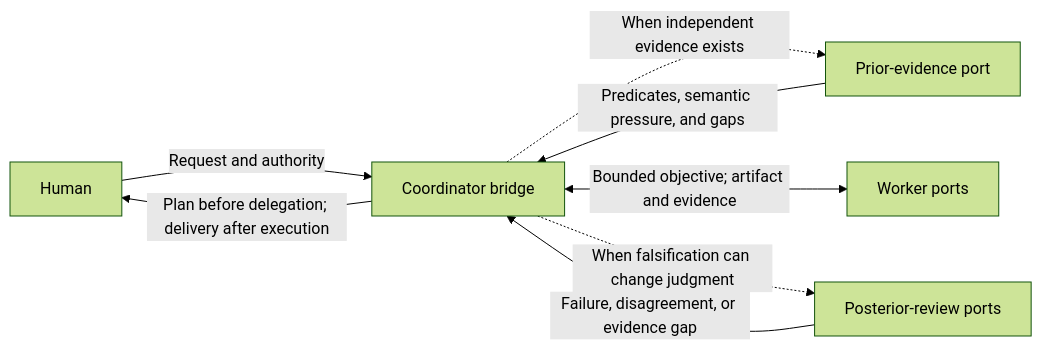
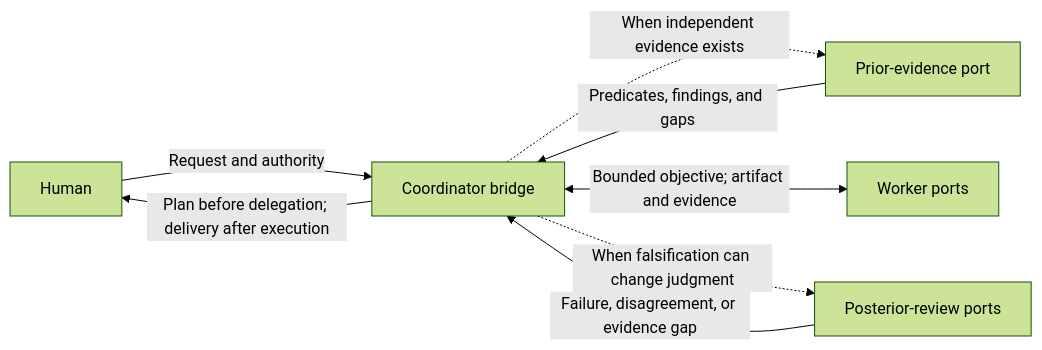
The diagram in docs/multi-agent.md (agentic-tend/.github), drawn with Mermaid (forest theme) before and after one commit. The commit also changed other lines of this file and 12 other files, not shown here.

````diff
--- a/docs/multi-agent.md
+++ b/docs/multi-agent.md
@@ -30,10 +30,10 @@
 ```mermaid
 flowchart LR
     H[Human] -->|Request and authority| C[Coordinator bridge]
     C -->|Plan before delegation; delivery after execution| H
     C -.->|When independent evidence exists| P[Prior-evidence port]
-    P -->|Predicates, semantic pressure, and gaps| C
+    P -->|Predicates, findings, and gaps| C
     C <-->|Bounded objective; artifact and evidence| W[Worker ports]
     C -.->|When falsification can change judgment| R[Posterior-review ports]
     R -->|Failure, disagreement, or evidence gap| C
 ```
````
